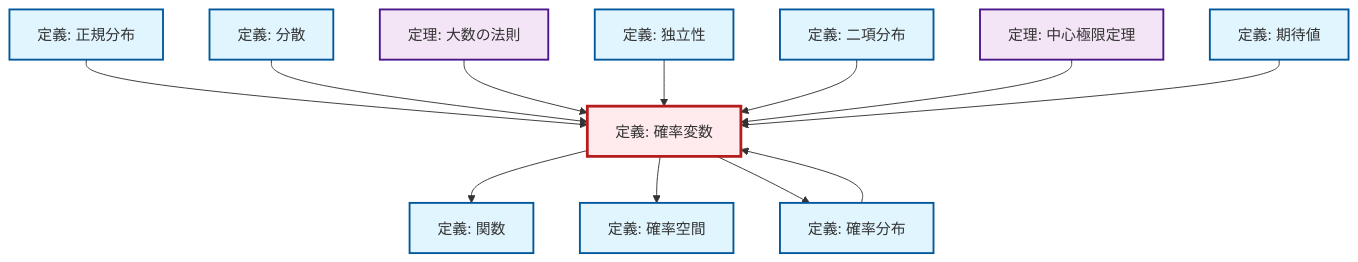
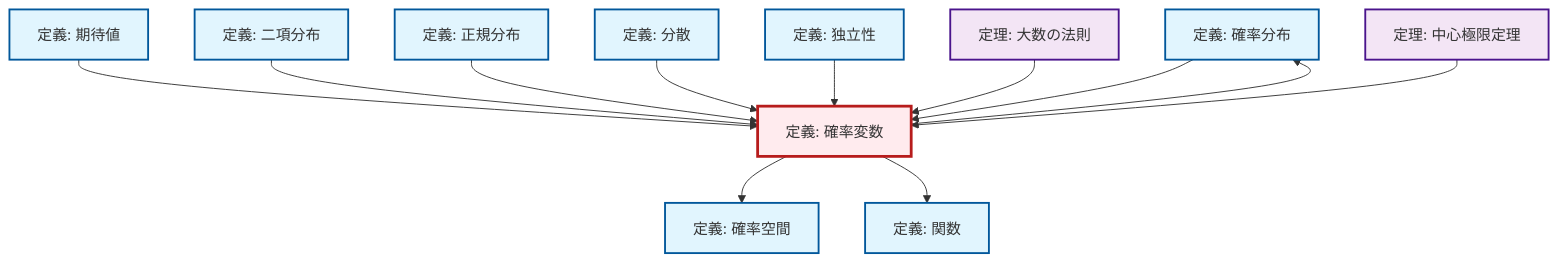
The diagram in content/ja/probability-statistics/def-random-variable.qmd (RK0429/ModernMath), drawn with Mermaid before and after one commit. The commit also changed other lines of this file and 1012 other files, not shown here.

````diff
--- a/content/ja/probability-statistics/def-random-variable.qmd
+++ b/content/ja/probability-statistics/def-random-variable.qmd
@@ -50,42 +50,42 @@
 ```{mermaid}
 %%| fig-cap: "Local dependency graph"
 graph TD
     classDef definition fill:#e1f5fe,stroke:#01579b,stroke-width:2px
     classDef theorem fill:#f3e5f5,stroke:#4a148c,stroke-width:2px
     classDef axiom fill:#fff3e0,stroke:#e65100,stroke-width:2px
     classDef example fill:#e8f5e9,stroke:#1b5e20,stroke-width:2px
     classDef current fill:#ffebee,stroke:#b71c1c,stroke-width:3px
+    def-probability-distribution["定義: 確率分布"]:::definition
     def-expectation["定義: 期待値"]:::definition
     thm-central-limit["定理: 中心極限定理"]:::theorem
+    def-random-variable["定義: 確率変数"]:::definition
+    def-binomial-distribution["定義: 二項分布"]:::definition
+    def-independence["定義: 独立性"]:::definition
     def-function["定義: 関数"]:::definition
-    def-binomial-distribution["定義: 二項分布"]:::definition
-    def-random-variable["定義: 確率変数"]:::definition
+    thm-law-of-large-numbers["定理: 大数の法則"]:::theorem
+    def-normal-distribution["定義: 正規分布"]:::definition
+    def-probability-space["定義: 確率空間"]:::definition
     def-variance["定義: 分散"]:::definition
-    def-probability-space["定義: 確率空間"]:::definition
-    thm-law-of-large-numbers["定理: 大数の法則"]:::theorem
-    def-independence["定義: 独立性"]:::definition
-    def-probability-distribution["定義: 確率分布"]:::definition
-    def-normal-distribution["定義: 正規分布"]:::definition
+    def-random-variable --> def-probability-distribution
+    def-random-variable --> def-probability-space
+    def-expectation --> def-random-variable
+    def-binomial-distribution --> def-random-variable
     def-normal-distribution --> def-random-variable
+    def-variance --> def-random-variable
+    def-independence --> def-random-variable
     def-probability-distribution --> def-random-variable
-    def-variance --> def-random-variable
+    thm-law-of-large-numbers --> def-random-variable
     def-random-variable --> def-function
-    thm-law-of-large-numbers --> def-random-variable
-    def-independence --> def-random-variable
-    def-random-variable --> def-probability-space
-    def-random-variable --> def-probability-distribution
-    def-binomial-distribution --> def-random-variable
     thm-central-limit --> def-random-variable
-    def-expectation --> def-random-variable
     class def-random-variable current
+    click def-probability-distribution "def-probability-distribution.html" "確率分布の定義へ"
     click def-expectation "def-expectation.html" "期待値の定義へ"
     click thm-central-limit "thm-central-limit.html" "中心極限定理の定理へ"
+    click def-binomial-distribution "def-binomial-distribution.html" "二項分布の定義へ"
+    click def-independence "def-independence.html" "独立性の定義へ"
     click def-function "def-function.html" "関数の定義へ"
-    click def-binomial-distribution "def-binomial-distribution.html" "二項分布の定義へ"
+    click thm-law-of-large-numbers "thm-law-of-large-numbers.html" "大数の法則の定理へ"
+    click def-normal-distribution "def-normal-distribution.html" "正規分布の定義へ"
+    click def-probability-space "def-probability-space.html" "確率空間の定義へ"
     click def-variance "def-variance.html" "分散の定義へ"
-    click def-probability-space "def-probability-space.html" "確率空間の定義へ"
-    click thm-law-of-large-numbers "thm-law-of-large-numbers.html" "大数の法則の定理へ"
-    click def-independence "def-independence.html" "独立性の定義へ"
-    click def-probability-distribution "def-probability-distribution.html" "確率分布の定義へ"
-    click def-normal-distribution "def-normal-distribution.html" "正規分布の定義へ"
 ```
````
